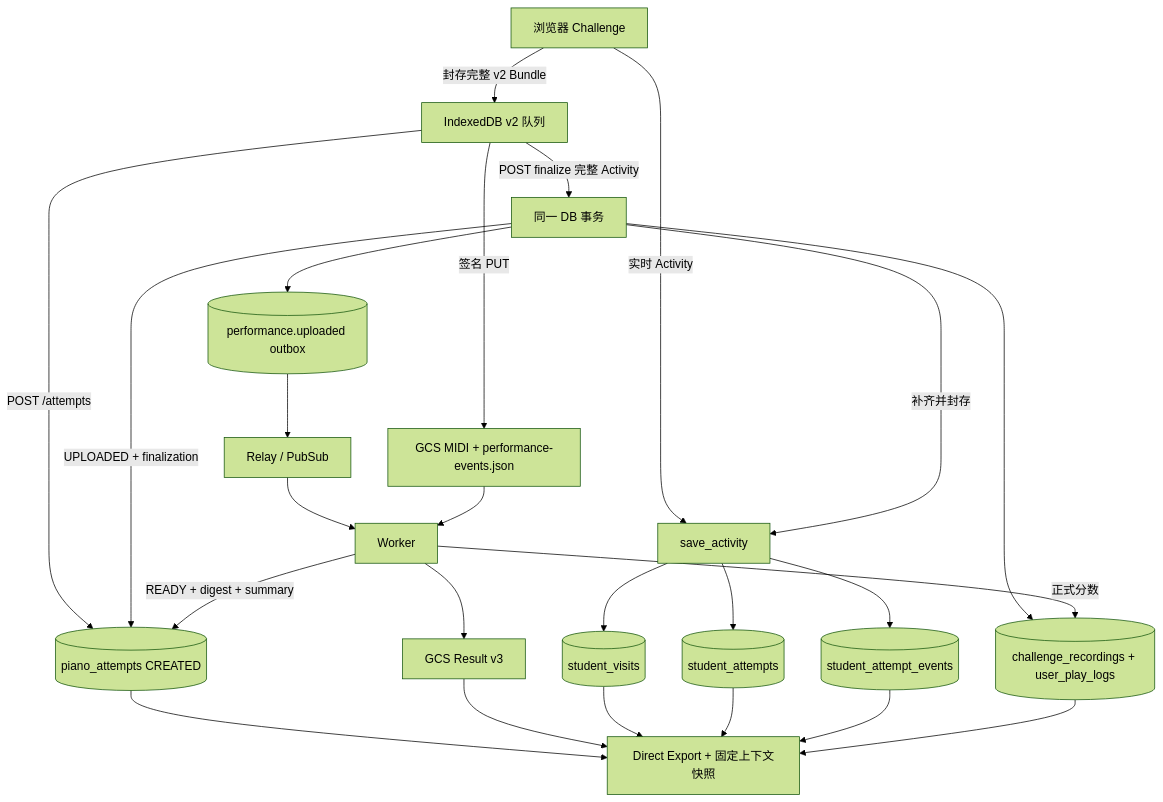
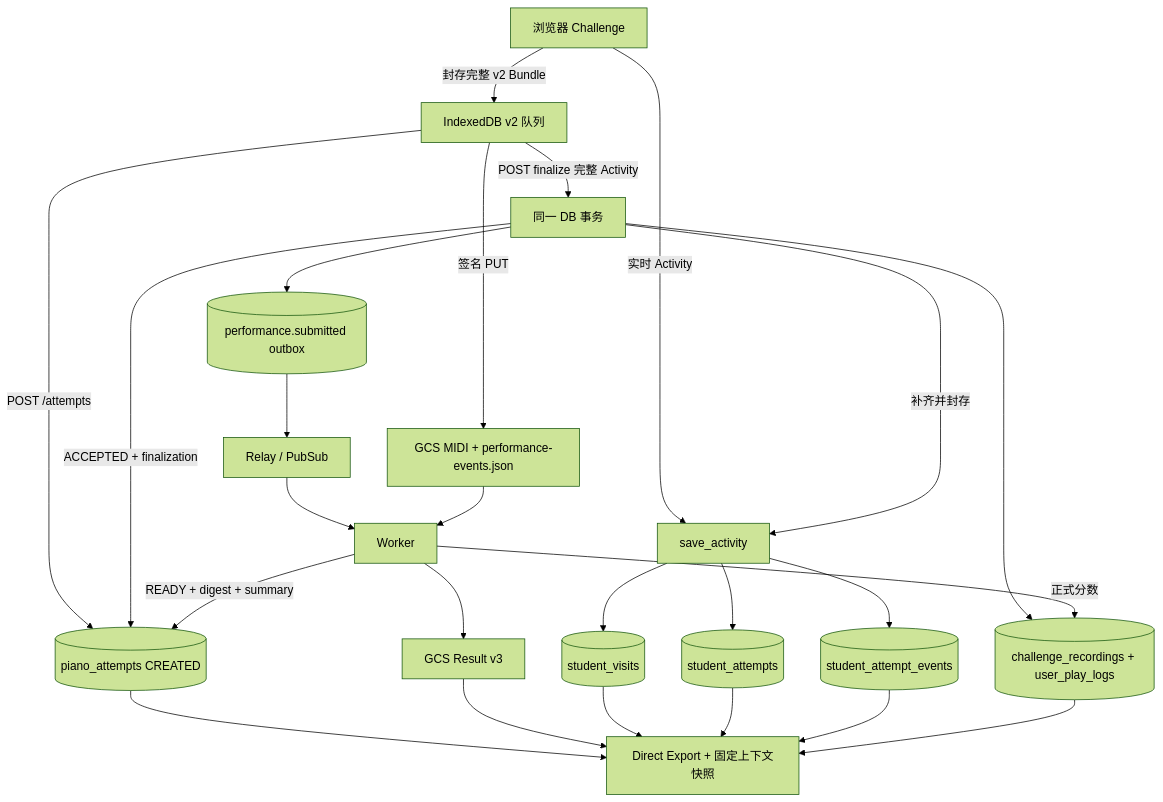
Before and after one commit to chilltse/pianokt: the diagram in docs/pianokt_data_architecture_simplification_plan.md, drawn with Mermaid (forest theme). The commit also changed other lines of this file and 39 other files, not shown here.

````diff
--- a/docs/pianokt_data_architecture_simplification_plan.md
+++ b/docs/pianokt_data_architecture_simplification_plan.md
@@ -19,27 +21,27 @@
 ```mermaid
 flowchart TD
   Browser[浏览器 Challenge] -->|实时 Activity| Activity[save_activity]
   Activity --> Visits[(student_visits)]
   Activity --> Attempts[(student_attempts)]
   Activity --> Events[(student_attempt_events)]
   Browser -->|封存完整 v2 Bundle| IDB[IndexedDB v2 队列]
   IDB -->|POST /attempts| Upload[(piano_attempts CREATED)]
   IDB -->|签名 PUT| GCS[GCS MIDI + performance-events.json]
   IDB -->|POST finalize 完整 Activity| Finalize[同一 DB 事务]
   Finalize -->|补齐并封存| Activity
-  Finalize -->|UPLOADED + finalization| Upload
+  Finalize -->|ACCEPTED + finalization| Upload
   Finalize --> Projection[(challenge_recordings + user_play_logs)]
-  Finalize --> Outbox[(performance.uploaded outbox)]
+  Finalize --> Outbox[(performance.submitted outbox)]
   Outbox --> Relay[Relay / PubSub]
   Relay --> Worker[Worker]
   GCS --> Worker
   Worker --> Result[GCS Result v3]
   Worker -->|READY + digest + summary| Upload
   Worker -->|正式分数| Projection
   Upload --> Export[Direct Export + 固定上下文快照]
   Result --> Export
   Visits --> Export
   Attempts --> Export
   Events --> Export
   Projection --> Export
 ```
````
